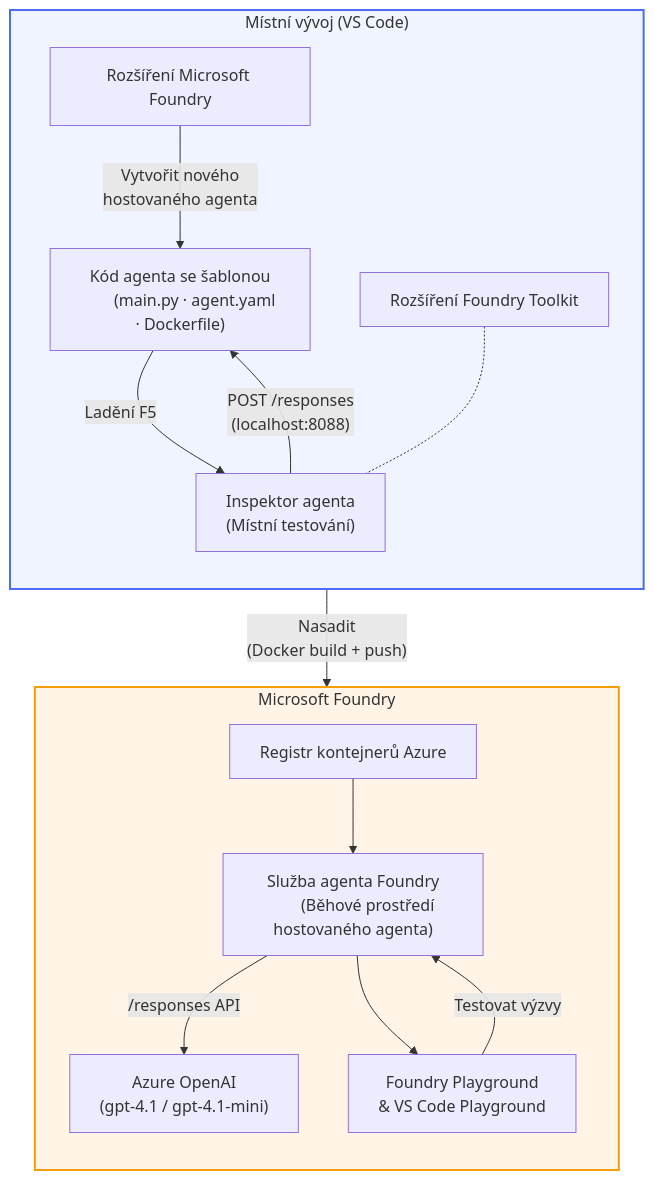
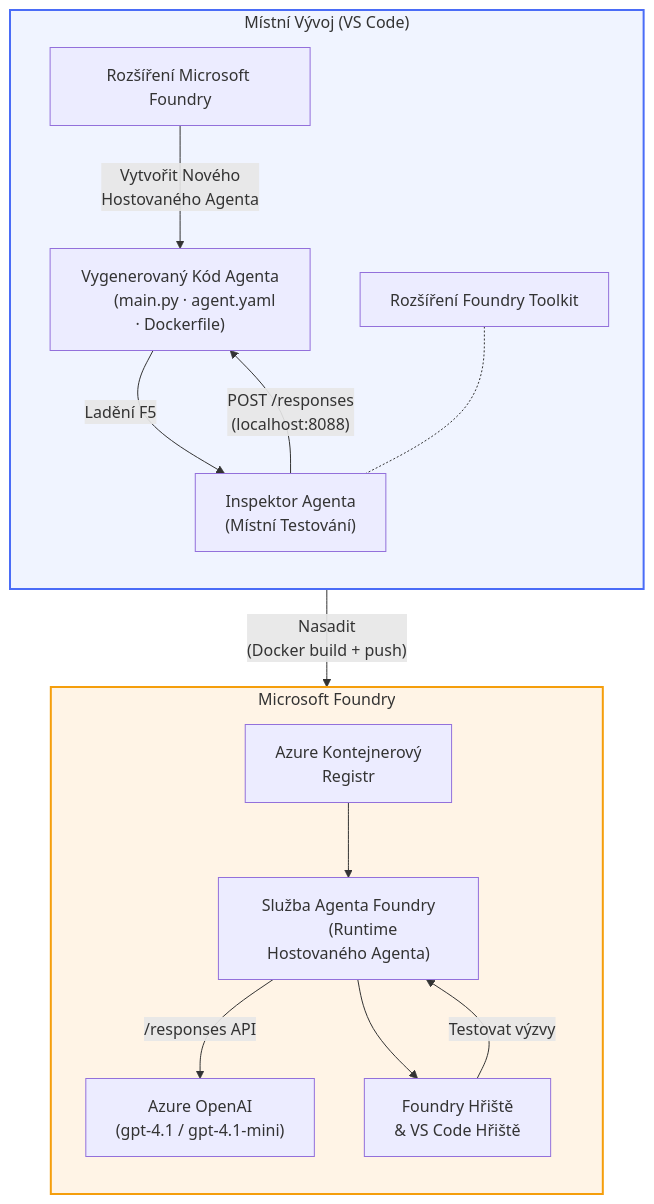
The diagram in translations/cs/README.md (microsoft-foundry/Foundry_Toolkit_for_VSCode_Lab), drawn with Mermaid before and after one commit. The commit also changed other lines of this file and 110 other files, not shown here.

````diff
--- a/translations/cs/README.md
+++ b/translations/cs/README.md
@@ -48,39 +52,40 @@
 ```mermaid
 flowchart TB
-    subgraph Local["Místní vývoj (VS Code)"]
+    subgraph Local["Místní Vývoj (VS Code)"]
         direction TB
         FE["Rozšíření Microsoft Foundry"]
         FoundryToolkit["Rozšíření Foundry Toolkit"]
-        Scaffold["Kód agenta se šablonou
+        Scaffold["Vygenerovaný Kód Agenta
         (main.py · agent.yaml · Dockerfile)"]
-        Inspector["Inspektor agenta
-        (Místní testování)"]
-        FE -- "Vytvořit nového
-        hostovaného agenta" --> Scaffold
+        Inspector["Inspektor Agenta
+        (Místní Testování)"]
+        FE -- "Vytvořit Nového
+        Hostovaného Agenta" --> Scaffold
         Scaffold -- "Ladění F5" --> Inspector
         FoundryToolkit -.- Inspector
     end
 
     subgraph Cloud["Microsoft Foundry"]
         direction TB
-        ACR["Registr kontejnerů Azure"]
-        AgentService["Služba agenta Foundry
-        (Běhové prostředí hostovaného agenta)"]
+        ACR["Azure Kontejnerový
+        Registr"]
+        AgentService["Služba Agenta Foundry
+        (Runtime Hostovaného Agenta)"]
         Model["Azure OpenAI
         (gpt-4.1 / gpt-4.1-mini)"]
-        Playground["Foundry Playground
-        & VS Code Playground"]
+        Playground["Foundry Hřiště
+        & VS Code Hřiště"]
         ACR --> AgentService
         AgentService -- "/responses API" --> Model
         AgentService --> Playground
     end
 
     Scaffold -- "Nasadit
     (Docker build + push)" --> ACR
     Inspector -- "POST /responses
     (localhost:8088)" --> Scaffold
     Playground -- "Testovat výzvy" --> AgentService
 
     style Local fill:#f0f4ff,stroke:#4a6cf7,stroke-width:2px
     style Cloud fill:#fff4e6,stroke:#f59e0b,stroke-width:2px
 ```
````
